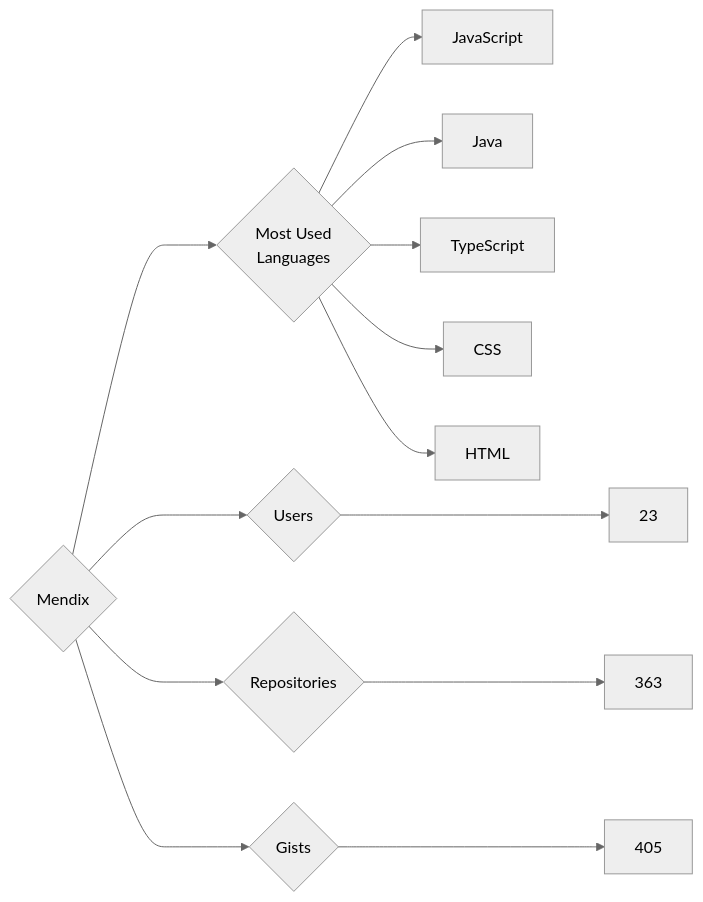
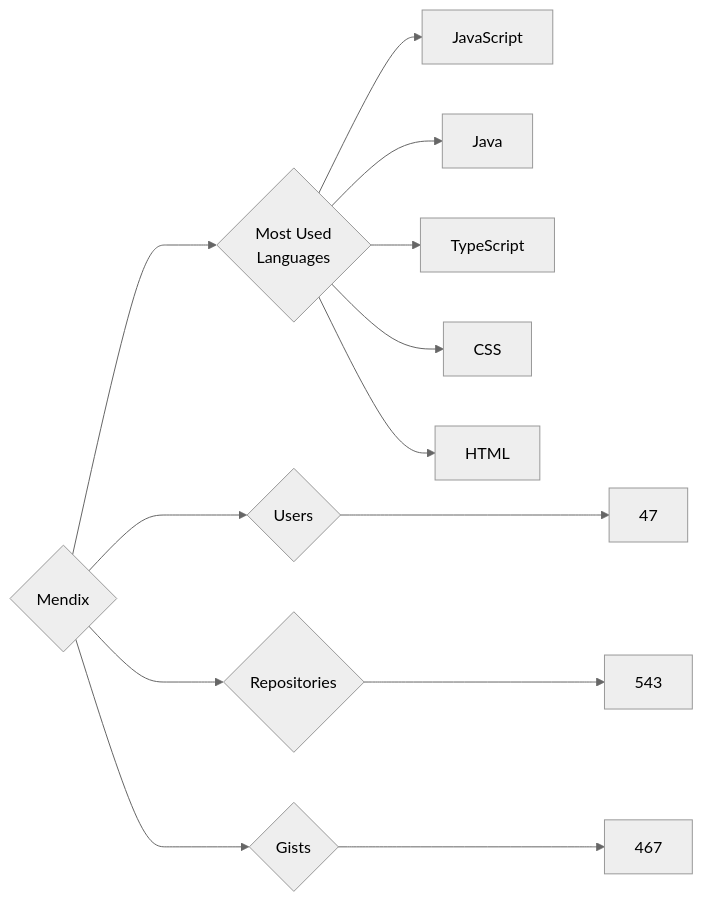
The diagram in targets/Mendix/README.md (trickest/insiders), drawn with Mermaid (neutral theme) before and after one commit. The commit also changed 948 other files, not shown here.

````diff
--- a/targets/Mendix/README.md
+++ b/targets/Mendix/README.md
@@ -3,13 +3,13 @@
 ```mermaid
 graph LR
 COMPANY_NAME{Mendix}
-COMPANY_NAME ---> U{Users} ---> UN[23]
-COMPANY_NAME ---> R{Repositories} ---> RN[363]
-COMPANY_NAME ---> G{Gists} ---> GN[405]
+COMPANY_NAME ---> U{Users} ---> UN[47]
+COMPANY_NAME ---> R{Repositories} ---> RN[543]
+COMPANY_NAME ---> G{Gists} ---> GN[467]
 COMPANY_NAME ---> ML{Most Used<br>Languages}
 ML --> JavaScript[JavaScript]
 ML --> Java[Java]
 ML --> TypeScript[TypeScript]
 ML --> CSS[CSS]
 ML --> HTML[HTML]
 ```
````
